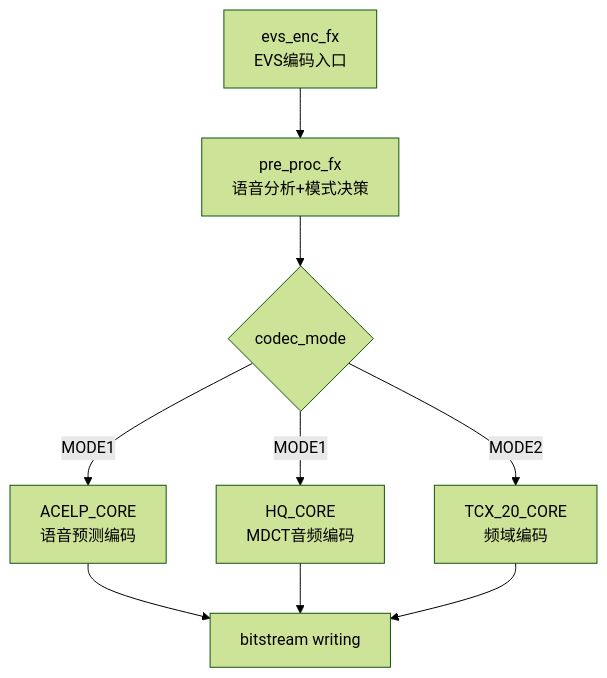
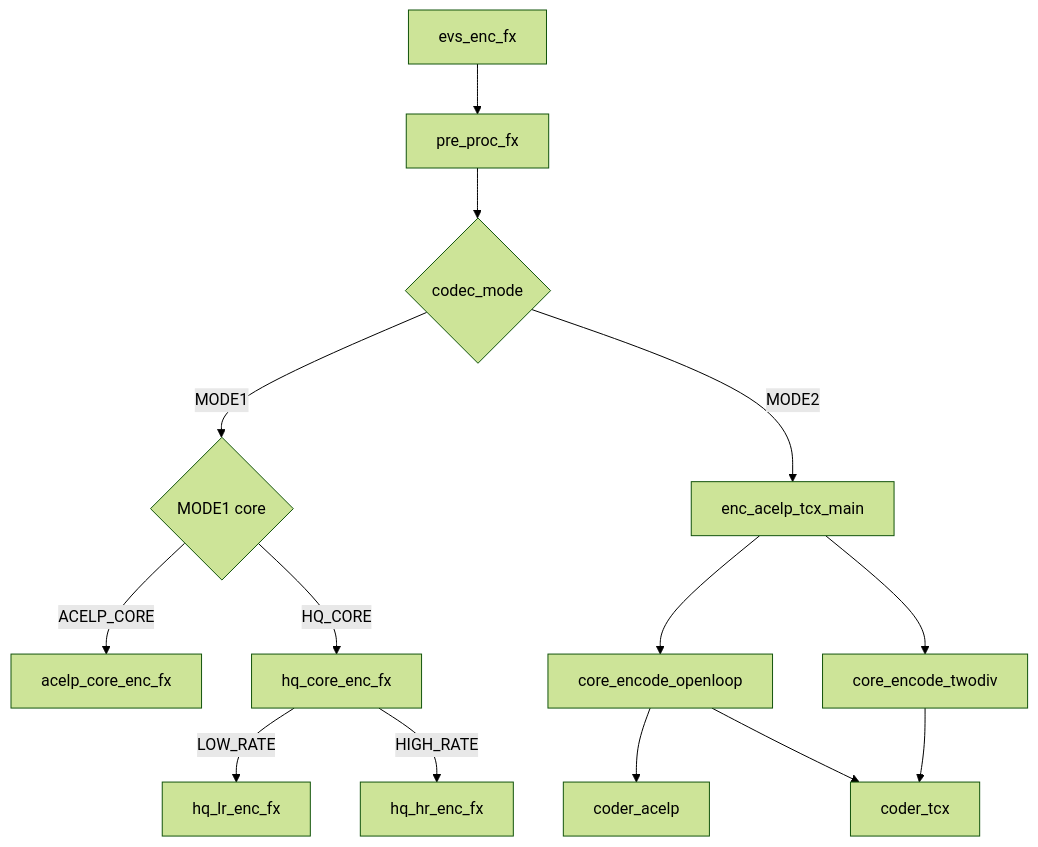
One commit to 20050710212/obsidian_vault changed the first of 12 diagrams in EVS/EVS_ENC_call_chain.md. Above: the diagram before and after it, drawn with Mermaid (forest theme). The commit also changed other lines of this file and 1 other file, not shown here.

Commit message:
update preproc 041503

````diff
--- a/EVS/EVS_ENC_call_chain.md
+++ b/EVS/EVS_ENC_call_chain.md
@@ -4,21 +6,41 @@
-```mermaid
+``` mermaid
 flowchart TD
 
-A[evs_enc_fx<br>EVS编码入口]
+A[evs_enc_fx]
+B[pre_proc_fx]
+C{codec_mode}
 
-A --> B[pre_proc_fx<br>语音分析+模式决策]
+D{MODE1 core}
+E[acelp_core_enc_fx]
+F[hq_core_enc_fx]
 
-B --> C{codec_mode}
+G[enc_acelp_tcx_main]
+H[core_encode_openloop]
+I[core_encode_twodiv]
 
-C -->|MODE1| D[ACELP_CORE<br>语音预测编码]
+J[coder_acelp]
+K[coder_tcx]
 
-C -->|MODE1| E[HQ_CORE<br>MDCT音频编码]
+L[hq_lr_enc_fx]
+M[hq_hr_enc_fx]
 
-C -->|MODE2| F[TCX_20_CORE<br>频域编码]
+A --> B
+B --> C
 
-D --> G[bitstream writing]
+C -->|MODE1| D
+C -->|MODE2| G
 
-E --> G
+D -->|ACELP_CORE| E
+D -->|HQ_CORE| F
 
-F --> G
+F -->|LOW_RATE| L
+F -->|HIGH_RATE| M
+
+G --> H
+G --> I
+
+H --> J
+H --> K
+
+I --> K
 ```
````
